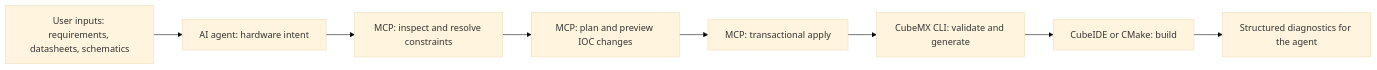
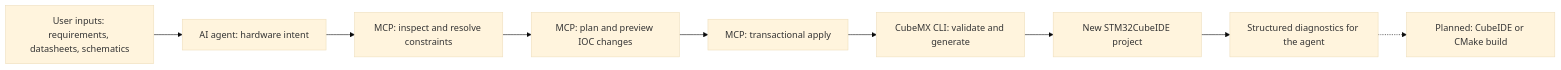
The diagram in README.md (Wafleem/stm32cubemx_mcp), drawn with Mermaid (base theme) before and after one commit. The commit also changed other lines of this file, not shown here.

Commit message:
docs: improve usage and roadmap guidance

````diff
--- a/README.md
+++ b/README.md
@@ -37,10 +105,11 @@
 ```mermaid
 flowchart LR
     A["User inputs: requirements, datasheets, schematics"] --> B["AI agent: hardware intent"]
     B --> C["MCP: inspect and resolve constraints"]
     C --> D["MCP: plan and preview IOC changes"]
     D --> E["MCP: transactional apply"]
     E --> F["CubeMX CLI: validate and generate"]
-    F --> G["CubeIDE or CMake: build"]
+    F --> G["New STM32CubeIDE project"]
     G --> H["Structured diagnostics for the agent"]
+    H -.-> I["Planned: CubeIDE or CMake build"]
 ```
````
